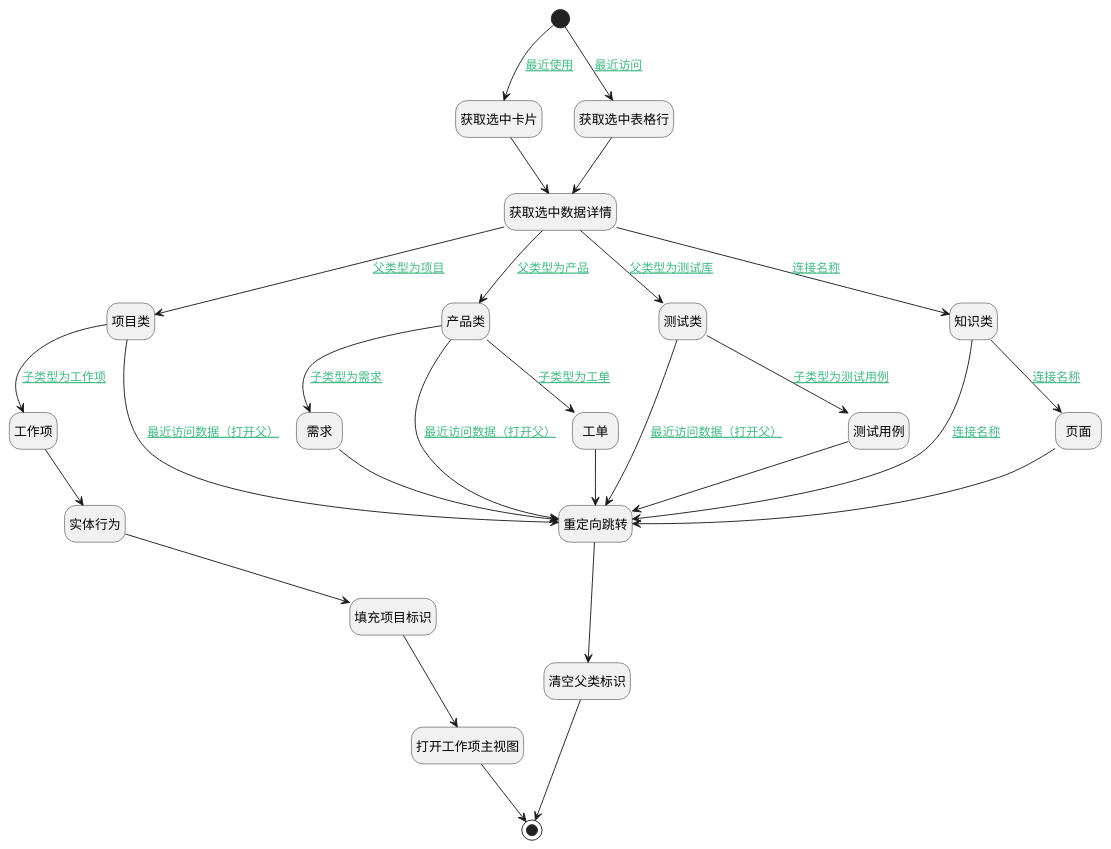
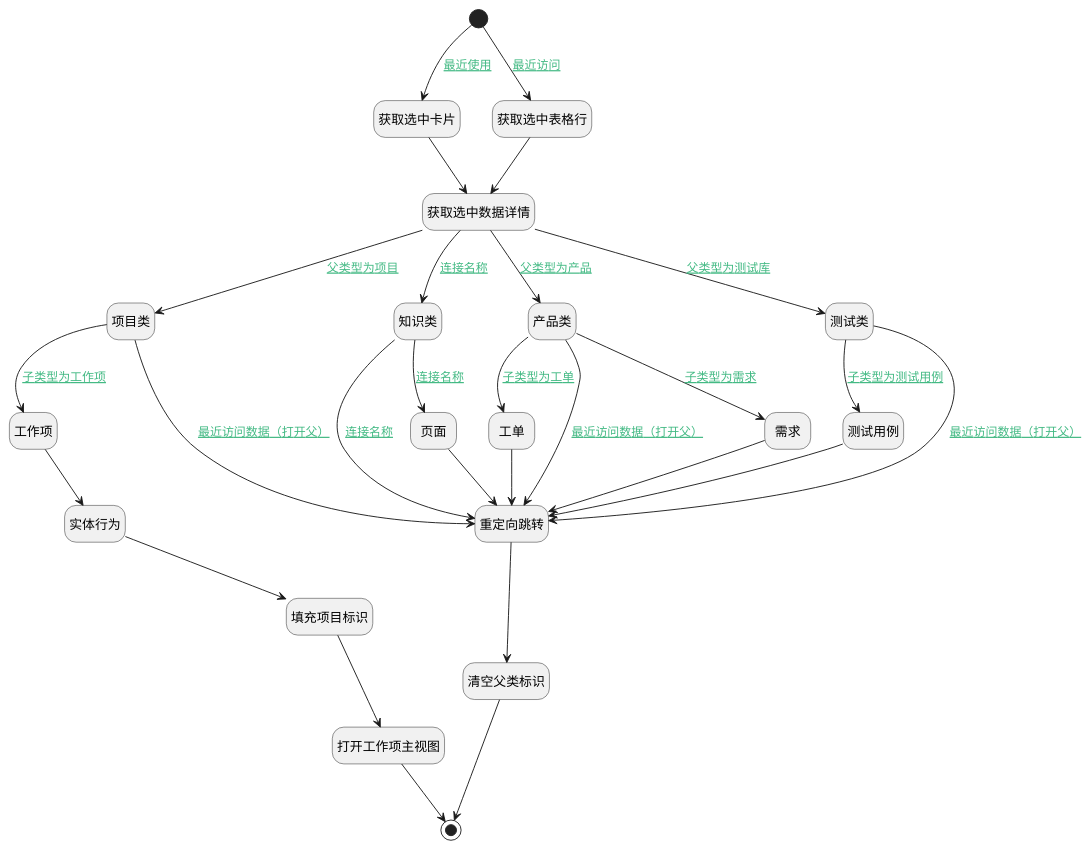
Before and after one commit to iBizLab/plm: the diagram in doc/docsify/module/Base/recent/uilogic/recent_jump_other_view.md, drawn with PlantUML. The commit also changed other lines of this file and 1276 other files, not shown here.

````diff
--- a/doc/docsify/module/Base/recent/uilogic/recent_jump_other_view.md
+++ b/doc/docsify/module/Base/recent/uilogic/recent_jump_other_view.md
@@ -7,62 +7,62 @@
 ```plantuml
 @startuml
 hide footbox
 <style>
 root {
   HyperlinkColor #42b983
 }
 </style>
 
 hide empty description
 state "开始" as Begin <<start>> [[$./recent_jump_other_view#begin {开始}]]
+state "项目类" as PREPAREJSPARAM6  [[$./recent_jump_other_view#preparejsparam6 {项目类}]]
+state "实体行为" as DEACTION1  [[$./recent_jump_other_view#deaction1 {实体行为}]]
+state "结束" as END1 <<end>> [[$./recent_jump_other_view#end1 {结束}]]
+state "填充项目标识" as PREPAREJSPARAM13  [[$./recent_jump_other_view#preparejsparam13 {填充项目标识}]]
+state "知识类" as PREPAREJSPARAM11  [[$./recent_jump_other_view#preparejsparam11 {知识类}]]
+state "打开工作项主视图" as DEUIACTION2  [[$./recent_jump_other_view#deuiaction2 {打开工作项主视图}]]
+state "获取选中卡片" as PREPAREJSPARAM1  [[$./recent_jump_other_view#preparejsparam1 {获取选中卡片}]]
+state "清空父类标识" as PREPAREJSPARAM10  [[$./recent_jump_other_view#preparejsparam10 {清空父类标识}]]
+state "测试用例" as PREPAREJSPARAM9  [[$./recent_jump_other_view#preparejsparam9 {测试用例}]]
+state "工单" as PREPAREJSPARAM5  [[$./recent_jump_other_view#preparejsparam5 {工单}]]
+state "获取选中表格行" as PREPAREJSPARAM2  [[$./recent_jump_other_view#preparejsparam2 {获取选中表格行}]]
 state "工作项" as PREPAREJSPARAM7  [[$./recent_jump_other_view#preparejsparam7 {工作项}]]
+state "产品类" as PREPAREJSPARAM3  [[$./recent_jump_other_view#preparejsparam3 {产品类}]]
+state "重定向跳转" as DEUIACTION1  [[$./recent_jump_other_view#deuiaction1 {重定向跳转}]]
 state "获取选中数据详情" as RAWJSCODE1  [[$./recent_jump_other_view#rawjscode1 {获取选中数据详情}]]
+state "需求" as PREPAREJSPARAM4  [[$./recent_jump_other_view#preparejsparam4 {需求}]]
 state "测试类" as PREPAREJSPARAM8  [[$./recent_jump_other_view#preparejsparam8 {测试类}]]
-state "项目类" as PREPAREJSPARAM6  [[$./recent_jump_other_view#preparejsparam6 {项目类}]]
-state "清空父类标识" as PREPAREJSPARAM10  [[$./recent_jump_other_view#preparejsparam10 {清空父类标识}]]
-state "获取选中卡片" as PREPAREJSPARAM1  [[$./recent_jump_other_view#preparejsparam1 {获取选中卡片}]]
-state "需求" as PREPAREJSPARAM4  [[$./recent_jump_other_view#preparejsparam4 {需求}]]
-state "结束" as END1 <<end>> [[$./recent_jump_other_view#end1 {结束}]]
 state "页面" as PREPAREJSPARAM12  [[$./recent_jump_other_view#preparejsparam12 {页面}]]
-state "实体行为" as DEACTION1  [[$./recent_jump_other_view#deaction1 {实体行为}]]
-state "产品类" as PREPAREJSPARAM3  [[$./recent_jump_other_view#preparejsparam3 {产品类}]]
-state "获取选中表格行" as PREPAREJSPARAM2  [[$./recent_jump_other_view#preparejsparam2 {获取选中表格行}]]
-state "重定向跳转" as DEUIACTION1  [[$./recent_jump_other_view#deuiaction1 {重定向跳转}]]
-state "工单" as PREPAREJSPARAM5  [[$./recent_jump_other_view#preparejsparam5 {工单}]]
-state "打开工作项主视图" as DEUIACTION2  [[$./recent_jump_other_view#deuiaction2 {打开工作项主视图}]]
-state "填充项目标识" as PREPAREJSPARAM13  [[$./recent_jump_other_view#preparejsparam13 {填充项目标识}]]
-state "测试用例" as PREPAREJSPARAM9  [[$./recent_jump_other_view#preparejsparam9 {测试用例}]]
-state "知识类" as PREPAREJSPARAM11  [[$./recent_jump_other_view#preparejsparam11 {知识类}]]
 
 
 Begin --> PREPAREJSPARAM1 : [[$./recent_jump_other_view#begin-preparejsparam1{最近使用} 最近使用]]
 PREPAREJSPARAM1 --> RAWJSCODE1
 RAWJSCODE1 --> PREPAREJSPARAM3 : [[$./recent_jump_other_view#rawjscode1-preparejsparam3{父类型为产品} 父类型为产品]]
 PREPAREJSPARAM3 --> DEUIACTION1 : [[$./recent_jump_other_view#preparejsparam3-deuiaction1{最近访问数据（打开父）} 最近访问数据（打开父）]]
 DEUIACTION1 --> PREPAREJSPARAM10
 PREPAREJSPARAM10 --> END1
 PREPAREJSPARAM3 --> PREPAREJSPARAM4 : [[$./recent_jump_other_view#preparejsparam3-preparejsparam4{子类型为需求} 子类型为需求]]
 PREPAREJSPARAM4 --> DEUIACTION1
 PREPAREJSPARAM3 --> PREPAREJSPARAM5 : [[$./recent_jump_other_view#preparejsparam3-preparejsparam5{子类型为工单} 子类型为工单]]
 PREPAREJSPARAM5 --> DEUIACTION1
 RAWJSCODE1 --> PREPAREJSPARAM6 : [[$./recent_jump_other_view#rawjscode1-preparejsparam6{父类型为项目} 父类型为项目]]
 PREPAREJSPARAM6 --> DEUIACTION1 : [[$./recent_jump_other_view#preparejsparam6-deuiaction1{最近访问数据（打开父）} 最近访问数据（打开父）]]
 PREPAREJSPARAM6 --> PREPAREJSPARAM7 : [[$./recent_jump_other_view#preparejsparam6-preparejsparam7{子类型为工作项} 子类型为工作项]]
 PREPAREJSPARAM7 --> DEACTION1
 DEACTION1 --> PREPAREJSPARAM13
 PREPAREJSPARAM13 --> DEUIACTION2
 DEUIACTION2 --> END1
 RAWJSCODE1 --> PREPAREJSPARAM8 : [[$./recent_jump_other_view#rawjscode1-preparejsparam8{父类型为测试库} 父类型为测试库]]
 PREPAREJSPARAM8 --> DEUIACTION1 : [[$./recent_jump_other_view#preparejsparam8-deuiaction1{最近访问数据（打开父）} 最近访问数据（打开父）]]
 PREPAREJSPARAM8 --> PREPAREJSPARAM9 : [[$./recent_jump_other_view#preparejsparam8-preparejsparam9{子类型为测试用例} 子类型为测试用例]]
 PREPAREJSPARAM9 --> DEUIACTION1
 RAWJSCODE1 --> PREPAREJSPARAM11 : [[$./recent_jump_other_view#rawjscode1-preparejsparam11{连接名称} 连接名称]]
 PREPAREJSPARAM11 --> PREPAREJSPARAM12 : [[$./recent_jump_other_view#preparejsparam11-preparejsparam12{连接名称} 连接名称]]
 PREPAREJSPARAM12 --> DEUIACTION1
 PREPAREJSPARAM11 --> DEUIACTION1 : [[$./recent_jump_other_view#preparejsparam11-deuiaction1{连接名称} 连接名称]]
 Begin --> PREPAREJSPARAM2 : [[$./recent_jump_other_view#begin-preparejsparam2{最近访问} 最近访问]]
 PREPAREJSPARAM2 --> RAWJSCODE1
 
 
 @enduml
 ```
````
